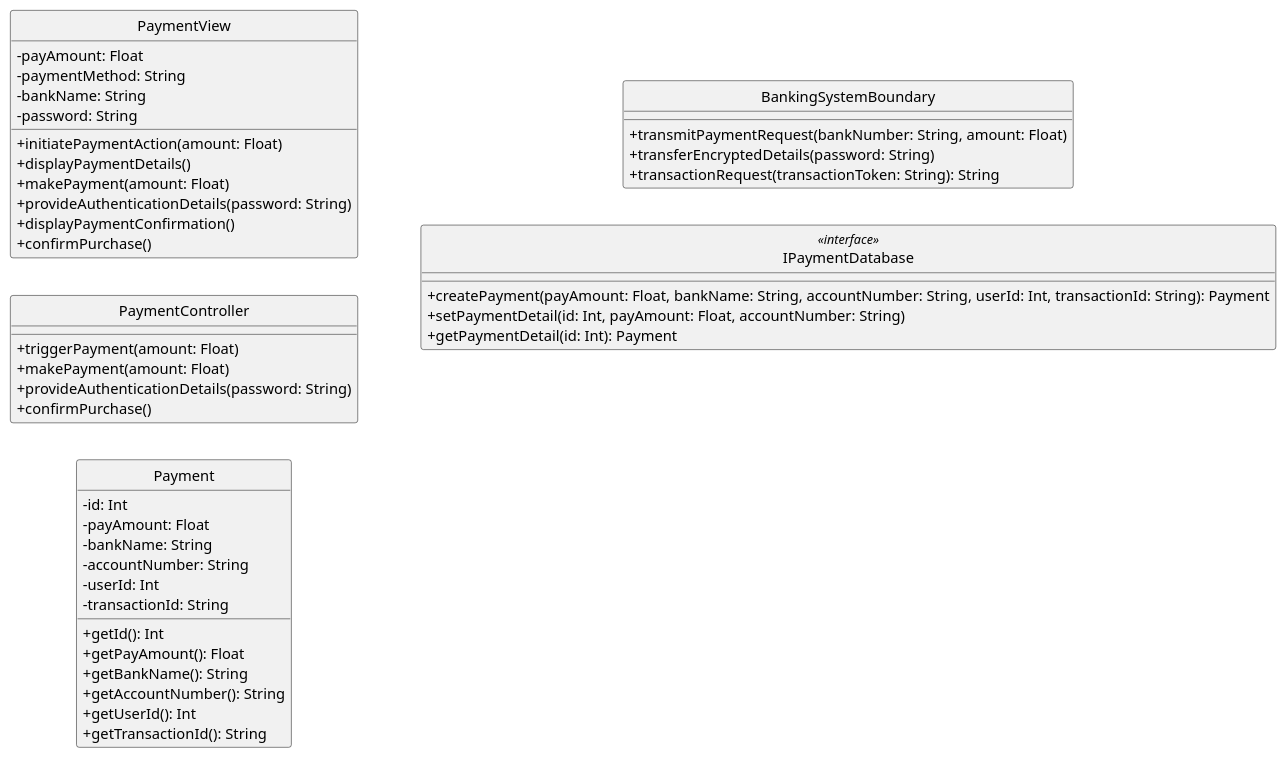
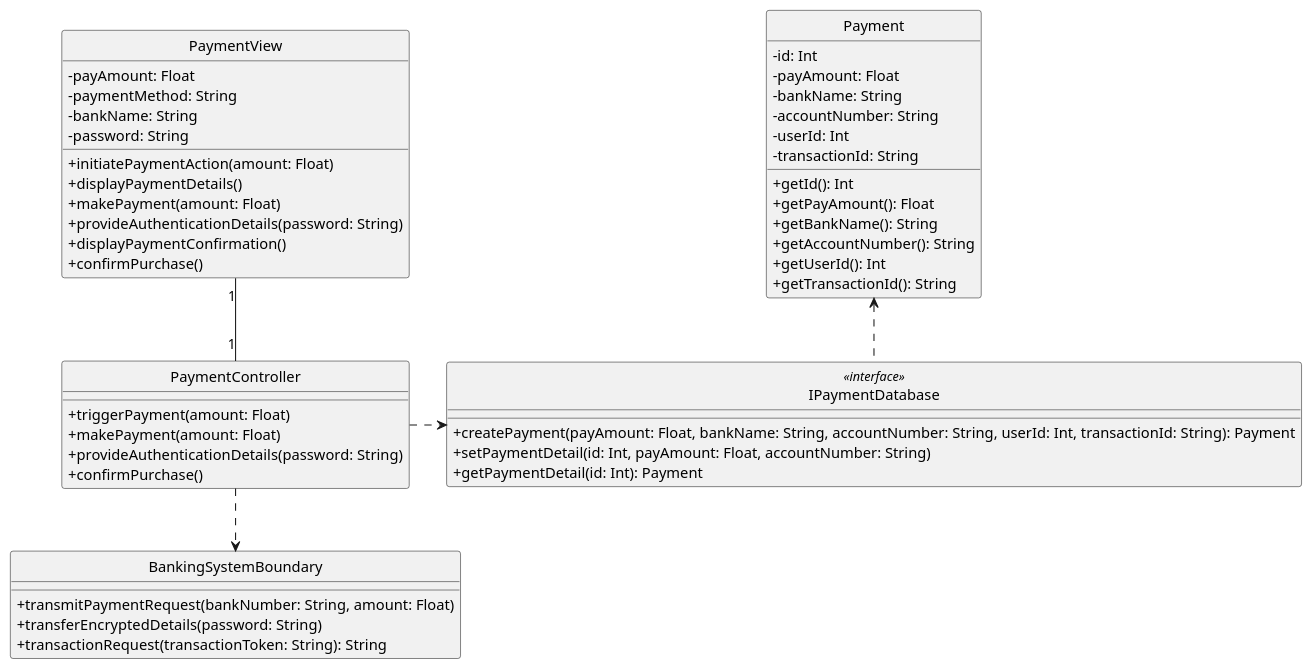
One commit to anhbanlinhle/velocity-exchange changed the diagram in uml/design/class/linh/make_payment.puml. Above: the diagram before and after it, drawn with PlantUML. The commit also changed 5 other files, not shown here.

```diff
--- a/uml/design/class/linh/make_payment.puml
+++ b/uml/design/class/linh/make_payment.puml
@@ -1,59 +1,66 @@
 @startuml 
 skinparam classAttributeIconSize 0
 skinparam linetype ortho
-left to right direction
 hide circle
 class PaymentView {
     - payAmount: Float
     - paymentMethod: String
     - bankName: String
     - password: String
 
     + initiatePaymentAction(amount: Float)
     + displayPaymentDetails()
     + makePayment(amount: Float)
     + provideAuthenticationDetails(password: String)
     + displayPaymentConfirmation()
     + confirmPurchase()
 
     }
 
 class PaymentController {
     + triggerPayment(amount: Float)
     + makePayment(amount: Float)
     + provideAuthenticationDetails(password: String)
     + confirmPurchase()
 
     }
 
 class Payment {
     - id: Int
     - payAmount: Float
     - bankName: String
     - accountNumber: String
     - userId: Int
     - transactionId: String
 
     + getId(): Int
     + getPayAmount(): Float
     + getBankName(): String
     + getAccountNumber(): String
     + getUserId(): Int
     + getTransactionId(): String
 
     }
 
 class BankingSystemBoundary {
     + transmitPaymentRequest(bankNumber: String, amount: Float)
     + transferEncryptedDetails(password: String)
     + transactionRequest(transactionToken: String): String
 
     }
 
 class IPaymentDatabase <<interface>> {
     + createPayment(payAmount: Float, bankName: String, accountNumber: String, userId: Int, transactionId: String): Payment
     + setPaymentDetail(id: Int, payAmount: Float, accountNumber: String)
     + getPaymentDetail(id: Int): Payment
     }
 
+PaymentView "1" -- "1" PaymentController
+
+PaymentController ..r> IPaymentDatabase
+
+PaymentController ..d> BankingSystemBoundary
+
+IPaymentDatabase ..u> Payment
+
 @enduml
```
